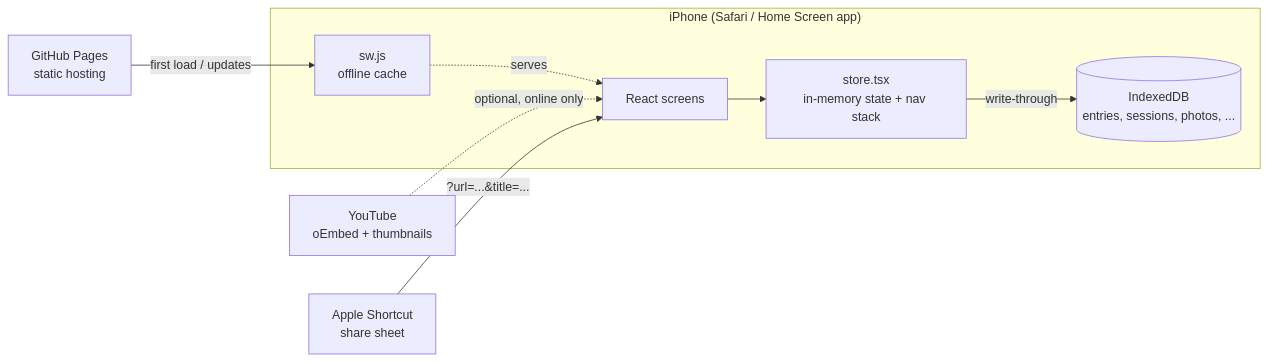
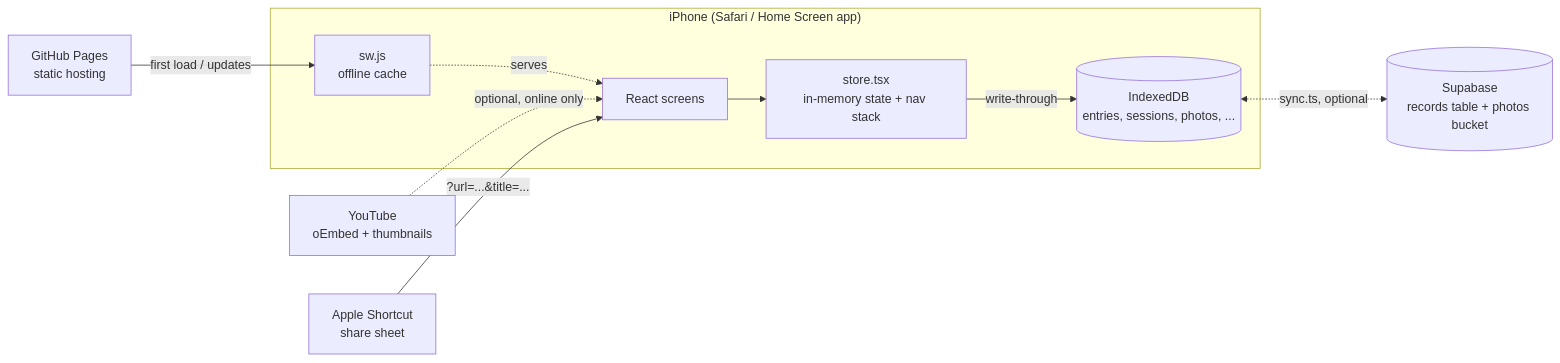
Before and after one commit to Gaurav-7-Ghosh/PersonalHealthTracker: the first of 2 diagrams in docs/ARCHITECTURE.md, drawn with Mermaid. The commit also changed other lines of this file and 16 other files, not shown here.

First line of the commit message:
Sync between devices through your own Supabase project

````diff
--- a/docs/ARCHITECTURE.md
+++ b/docs/ARCHITECTURE.md
@@ -5,11 +5,12 @@
 ```mermaid
 flowchart LR
   subgraph Phone["iPhone (Safari / Home Screen app)"]
     UI["React screens"] --> Store["store.tsx<br/>in-memory state + nav stack"]
     Store -->|write-through| IDB[("IndexedDB<br/>entries, sessions, photos, ...")]
     SW["sw.js<br/>offline cache"] -.serves.-> UI
   end
   GH["GitHub Pages<br/>static hosting"] -->|first load / updates| SW
   YT["YouTube<br/>oEmbed + thumbnails"] -.optional, online only.-> UI
   Shortcut["Apple Shortcut<br/>share sheet"] -->|"?url=...&title=..."| UI
+  IDB <-.->|"sync.ts, optional"| SB[("Supabase<br/>records table + photos bucket")]
 ```
````
